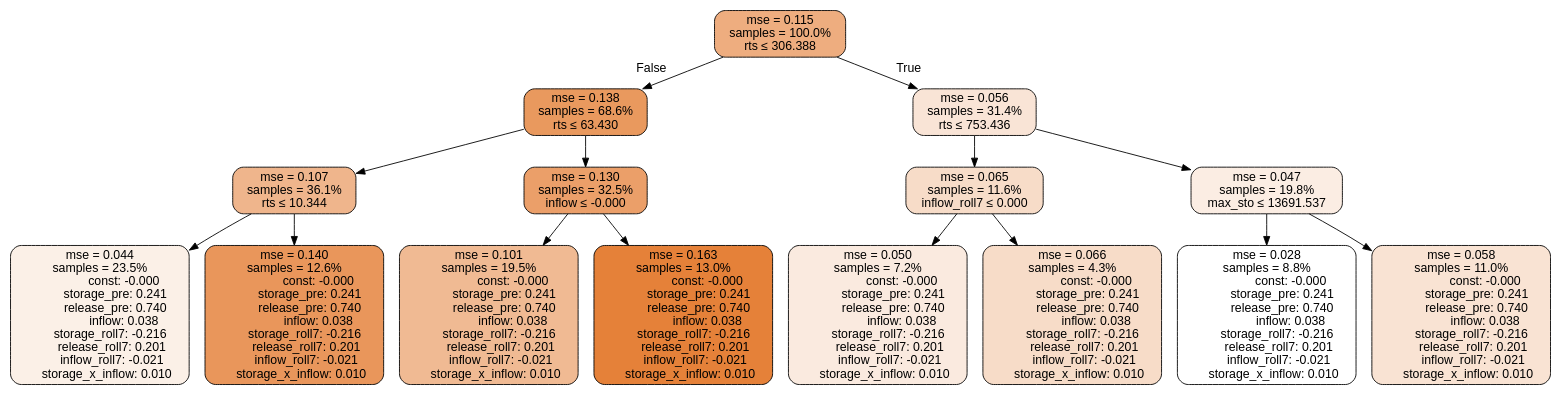
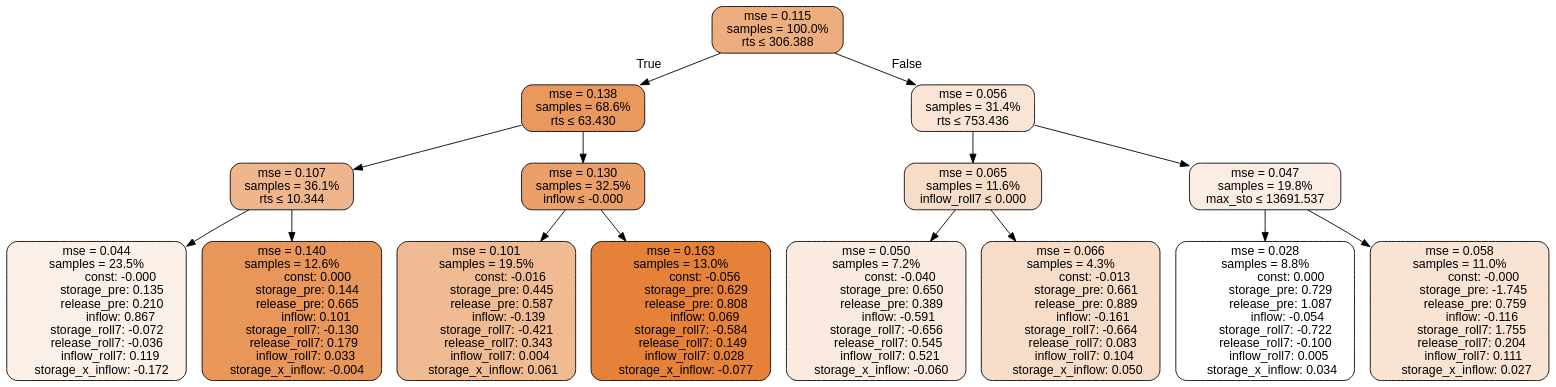
Before and after one commit to lcford2/predict-release: the diagram in results/tclr_spatial_eval/all/TD3_RT_MS_0.75_287/tree.dot, drawn with Graphviz. The commit also changed 1999 other files, not shown here.

```diff
--- a/results/tclr_spatial_eval/all/TD3_RT_MS_0.75_287/tree.dot
+++ b/results/tclr_spatial_eval/all/TD3_RT_MS_0.75_287/tree.dot
@@ -1,120 +1,121 @@
 digraph tree {
+bgcolor="transparent"
 node [shape=rectangle, style="filled, rounded", color="black", fontname=helvetica] ;
 edge [fontname=helvetica] ;
 	"0" [label="mse = 0.115
 samples = 100.0%
 rts &le; 306.388", fillcolor="#eead7f"]
 	"1" [label="mse = 0.138
 samples = 68.6%
 rts &le; 63.430", fillcolor="#e9995e"]
 	"2" [label="mse = 0.107
 samples = 36.1%
 rts &le; 10.344", fillcolor="#efb58c"]
 	"3" [label="mse = 0.044
 samples = 23.5%
                const: -0.000
-          storage_pre: 0.241
-          release_pre: 0.740
-               inflow: 0.038
-       storage_roll7: -0.216
-        release_roll7: 0.201
-        inflow_roll7: -0.021
-     storage_x_inflow: 0.010", fillcolor="#fbf0e7"]
+          storage_pre: 0.135
+          release_pre: 0.210
+               inflow: 0.867
+       storage_roll7: -0.072
+       release_roll7: -0.036
+         inflow_roll7: 0.119
+    storage_x_inflow: -0.172", fillcolor="#fbf0e7"]
 	"4" [label="mse = 0.140
 samples = 12.6%
-               const: -0.000
-          storage_pre: 0.241
-          release_pre: 0.740
-               inflow: 0.038
-       storage_roll7: -0.216
-        release_roll7: 0.201
-        inflow_roll7: -0.021
-     storage_x_inflow: 0.010", fillcolor="#e9965b"]
+                const: 0.000
+          storage_pre: 0.144
+          release_pre: 0.665
+               inflow: 0.101
+       storage_roll7: -0.130
+        release_roll7: 0.179
+         inflow_roll7: 0.033
+    storage_x_inflow: -0.004", fillcolor="#e9965b"]
 	"5" [label="mse = 0.130
 samples = 32.5%
 inflow &le; -0.000", fillcolor="#eb9f69"]
 	"6" [label="mse = 0.101
 samples = 19.5%
-               const: -0.000
-          storage_pre: 0.241
-          release_pre: 0.740
-               inflow: 0.038
-       storage_roll7: -0.216
-        release_roll7: 0.201
-        inflow_roll7: -0.021
-     storage_x_inflow: 0.010", fillcolor="#f0ba93"]
+               const: -0.016
+          storage_pre: 0.445
+          release_pre: 0.587
+              inflow: -0.139
+       storage_roll7: -0.421
+        release_roll7: 0.343
+         inflow_roll7: 0.004
+     storage_x_inflow: 0.061", fillcolor="#f0ba93"]
 	"7" [label="mse = 0.163
 samples = 13.0%
-               const: -0.000
-          storage_pre: 0.241
-          release_pre: 0.740
-               inflow: 0.038
-       storage_roll7: -0.216
-        release_roll7: 0.201
-        inflow_roll7: -0.021
-     storage_x_inflow: 0.010", fillcolor="#e58139"]
+               const: -0.056
+          storage_pre: 0.629
+          release_pre: 0.808
+               inflow: 0.069
+       storage_roll7: -0.584
+        release_roll7: 0.149
+         inflow_roll7: 0.028
+    storage_x_inflow: -0.077", fillcolor="#e58139"]
 	"8" [label="mse = 0.056
 samples = 31.4%
 rts &le; 753.436", fillcolor="#f9e4d6"]
 	"9" [label="mse = 0.065
 samples = 11.6%
 inflow_roll7 &le; 0.000", fillcolor="#f7dcc8"]
 	"10" [label="mse = 0.050
 samples = 7.2%
-               const: -0.000
-          storage_pre: 0.241
-          release_pre: 0.740
-               inflow: 0.038
-       storage_roll7: -0.216
-        release_roll7: 0.201
-        inflow_roll7: -0.021
-     storage_x_inflow: 0.010", fillcolor="#faeadf"]
+               const: -0.040
+          storage_pre: 0.650
+          release_pre: 0.389
+              inflow: -0.591
+       storage_roll7: -0.656
+        release_roll7: 0.545
+         inflow_roll7: 0.521
+    storage_x_inflow: -0.060", fillcolor="#faeadf"]
 	"11" [label="mse = 0.066
 samples = 4.3%
-               const: -0.000
-          storage_pre: 0.241
-          release_pre: 0.740
-               inflow: 0.038
-       storage_roll7: -0.216
-        release_roll7: 0.201
-        inflow_roll7: -0.021
-     storage_x_inflow: 0.010", fillcolor="#f7dcc8"]
+               const: -0.013
+          storage_pre: 0.661
+          release_pre: 0.889
+              inflow: -0.161
+       storage_roll7: -0.664
+        release_roll7: 0.083
+         inflow_roll7: 0.104
+     storage_x_inflow: 0.050", fillcolor="#f7dcc8"]
 	"12" [label="mse = 0.047
 samples = 19.8%
 max_sto &le; 13691.537", fillcolor="#fbede3"]
 	"13" [label="mse = 0.028
 samples = 8.8%
-               const: -0.000
-          storage_pre: 0.241
-          release_pre: 0.740
-               inflow: 0.038
-       storage_roll7: -0.216
-        release_roll7: 0.201
-        inflow_roll7: -0.021
-     storage_x_inflow: 0.010", fillcolor="#ffffff"]
+                const: 0.000
+          storage_pre: 0.729
+          release_pre: 1.087
+              inflow: -0.054
+       storage_roll7: -0.722
+       release_roll7: -0.100
+         inflow_roll7: 0.005
+     storage_x_inflow: 0.034", fillcolor="#ffffff"]
 	"14" [label="mse = 0.058
 samples = 11.0%
                const: -0.000
-          storage_pre: 0.241
-          release_pre: 0.740
-               inflow: 0.038
-       storage_roll7: -0.216
-        release_roll7: 0.201
-        inflow_roll7: -0.021
-     storage_x_inflow: 0.010", fillcolor="#f9e3d3"]
+         storage_pre: -1.745
+          release_pre: 0.759
+              inflow: -0.116
+        storage_roll7: 1.755
+        release_roll7: 0.204
+         inflow_roll7: 0.111
+     storage_x_inflow: 0.027", fillcolor="#f9e3d3"]
 
-	"0" -> "1" [labeldistance=2.5, labelangle=45, headlabel="False"]
+	"0" -> "1" [labeldistance=2.5, labelangle=45, headlabel="True"]
 	"1" -> "2"
 	"2" -> "3"
 	"2" -> "4"
 	"1" -> "5"
 	"5" -> "6"
 	"5" -> "7"
-	"0" -> "8" [labeldistance=2.5, labelangle=-45, headlabel="True"]
+	"0" -> "8" [labeldistance=2.5, labelangle=-45, headlabel="False"]
 	"8" -> "9"
 	"9" -> "10"
 	"9" -> "11"
 	"8" -> "12"
 	"12" -> "13"
 	"12" -> "14"
 }
```
